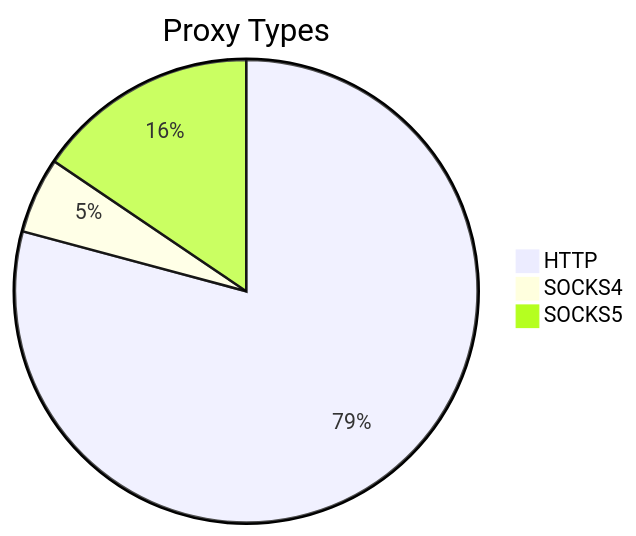
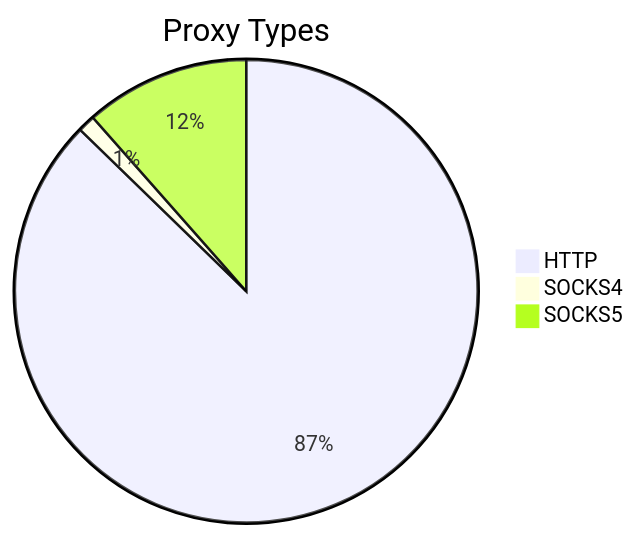
Before and after one commit to stormsia/proxy-list: the first of 2 diagrams in README.md, drawn with Mermaid. The commit also changed other lines of this file, not shown here.

````diff
--- a/README.md
+++ b/README.md
@@ -21,6 +21,6 @@
 ```mermaid
 pie title Proxy Types
-    "HTTP" : 209
-    "SOCKS4" : 14
-    "SOCKS5" : 41
+    "HTTP" : 144
+    "SOCKS4" : 2
+    "SOCKS5" : 19
 ```
````
